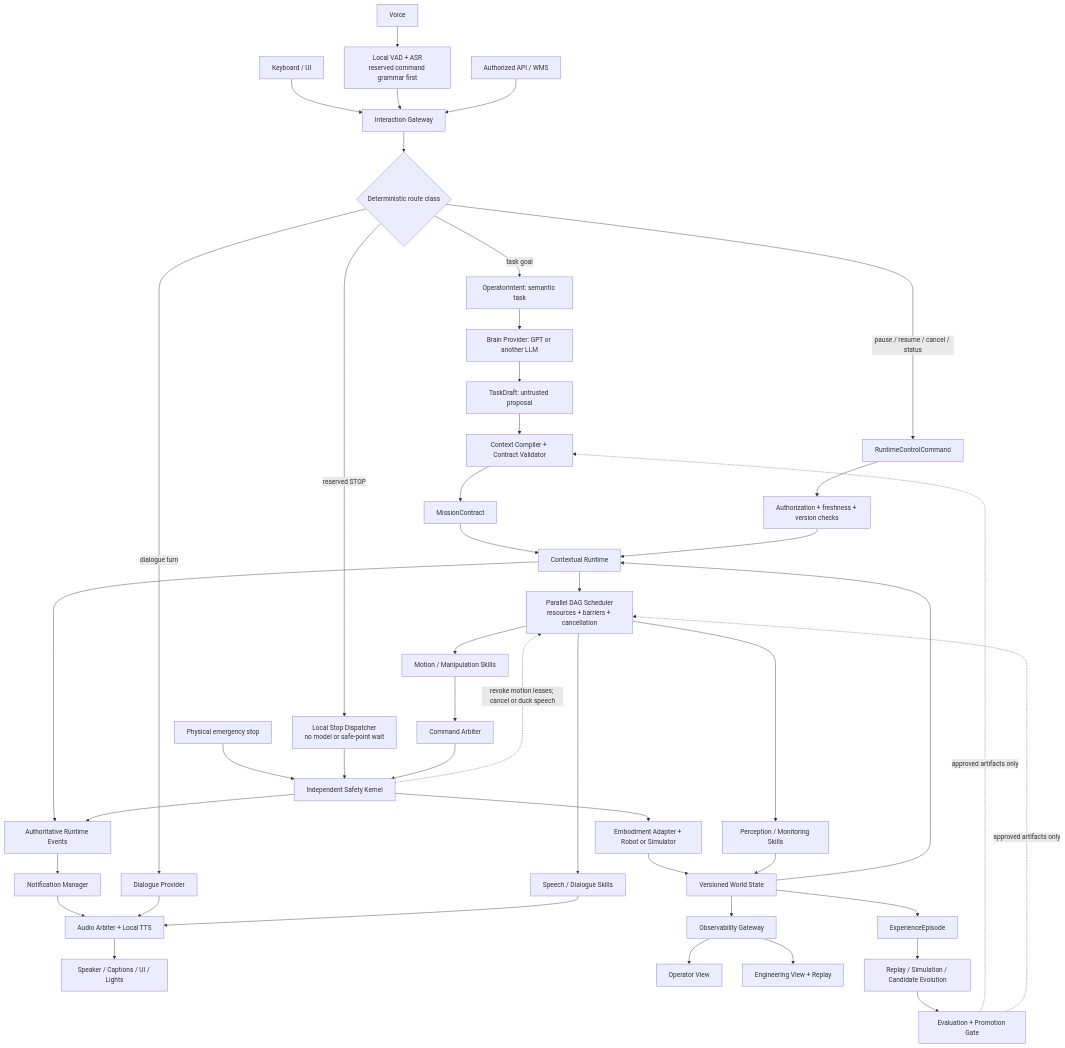
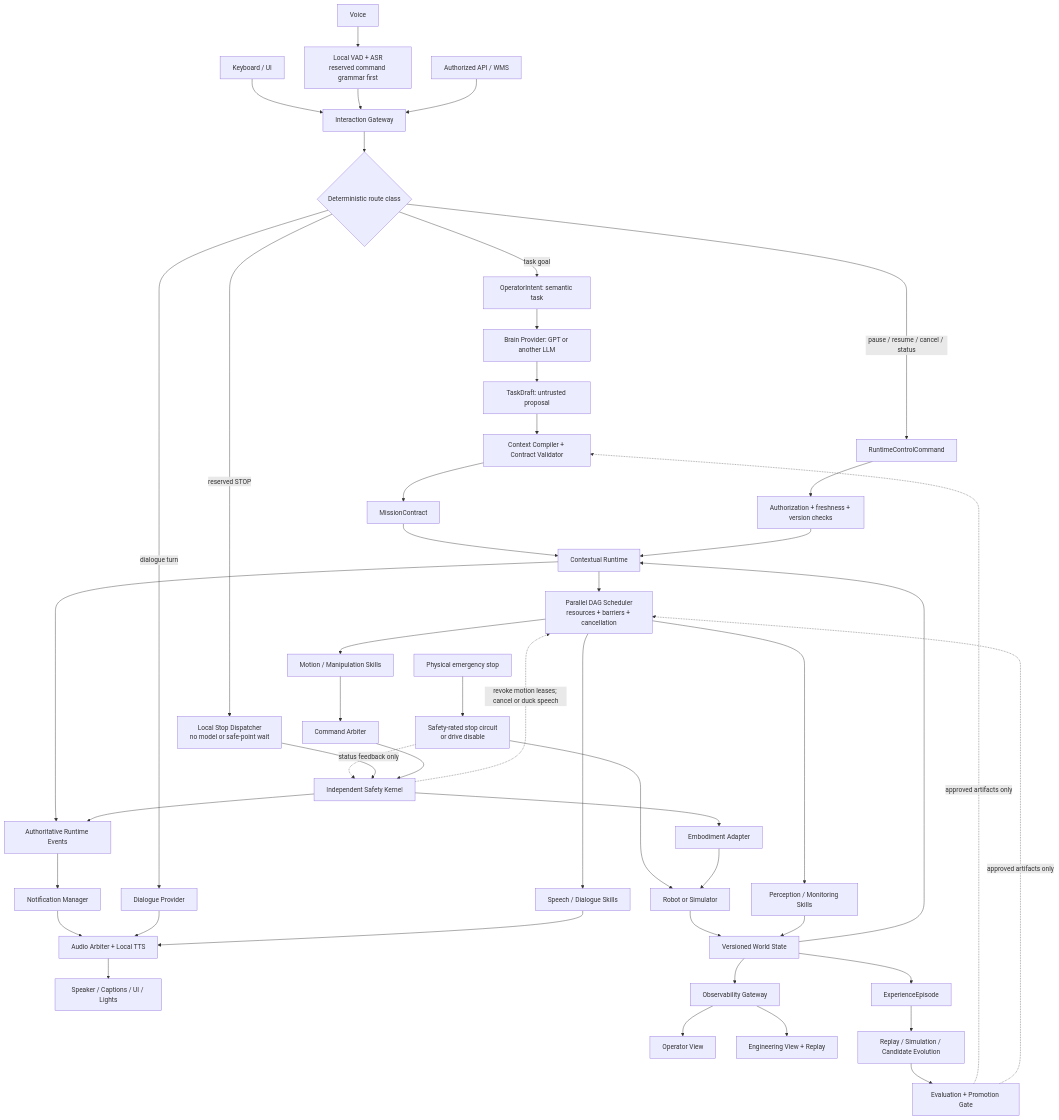
The first of 3 diagrams in docs/architecture/system-architecture-v2.md (echengdee/longship), drawn with Mermaid before and after one commit. The commit also changed other lines of this file and 14 other files, not shown here.

````diff
--- a/docs/architecture/system-architecture-v2.md
+++ b/docs/architecture/system-architecture-v2.md
@@ -64,55 +64,58 @@
 ```mermaid
 flowchart TB
     Voice["Voice"] --> VoiceFront["Local VAD + ASR<br/>reserved command grammar first"]
     Keys["Keyboard / UI"] --> IG["Interaction Gateway"]
     VoiceFront --> IG
     WMS["Authorized API / WMS"] --> IG
     IG --> Route{"Deterministic route class"}
 
     Route -->|task goal| Intent["OperatorIntent: semantic task"]
     Intent --> Brain["Brain Provider: GPT or another LLM"]
     Brain --> Draft["TaskDraft: untrusted proposal"]
     Draft --> Compiler["Context Compiler + Contract Validator"]
     Compiler --> Mission["MissionContract"]
     Mission --> Runtime["Contextual Runtime"]
 
     Route -->|dialogue turn| Dialogue["Dialogue Provider"]
     Route -->|pause / resume / cancel / status| Control["RuntimeControlCommand"]
     Control --> ControlCheck["Authorization + freshness + version checks"]
     ControlCheck --> Runtime
 
     Route -->|reserved STOP| Stop["Local Stop Dispatcher<br/>no model or safe-point wait"]
-    Physical["Physical emergency stop"] --> Safety["Independent Safety Kernel"]
+    Physical["Physical emergency stop"] --> HardStop["Safety-rated stop circuit<br/>or drive disable"]
+    HardStop --> Target
+    HardStop -. "status feedback only" .-> Safety["Independent Safety Kernel"]
     Stop --> Safety
 
     Runtime --> Scheduler["Parallel DAG Scheduler<br/>resources + barriers + cancellation"]
     Scheduler --> Motion["Motion / Manipulation Skills"]
     Scheduler --> Interaction["Speech / Dialogue Skills"]
     Scheduler --> Perception["Perception / Monitoring Skills"]
 
     Motion --> Arbiter["Command Arbiter"]
     Arbiter --> Safety
-    Safety --> Target["Embodiment Adapter + Robot or Simulator"]
+    Safety --> Adapter["Embodiment Adapter"]
+    Adapter --> Target["Robot or Simulator"]
 
     Runtime --> Events["Authoritative Runtime Events"]
     Safety --> Events
     Events --> Notify["Notification Manager"]
     Notify --> Audio["Audio Arbiter + Local TTS"]
     Dialogue --> Audio
     Interaction --> Audio
     Audio --> Outputs["Speaker / Captions / UI / Lights"]
 
     Target --> State["Versioned World State"]
     Perception --> State
     State --> Runtime
     State --> Obs["Observability Gateway"]
     Obs --> Operator["Operator View"]
     Obs --> Engineer["Engineering View + Replay"]
     State --> Episode["ExperienceEpisode"]
     Episode --> Evolution["Replay / Simulation / Candidate Evolution"]
     Evolution --> Eval["Evaluation + Promotion Gate"]
     Eval -. approved artifacts only .-> Compiler
     Eval -. approved artifacts only .-> Scheduler
 
     Safety -. "revoke motion leases; cancel or duck speech" .-> Scheduler
 ```
````
